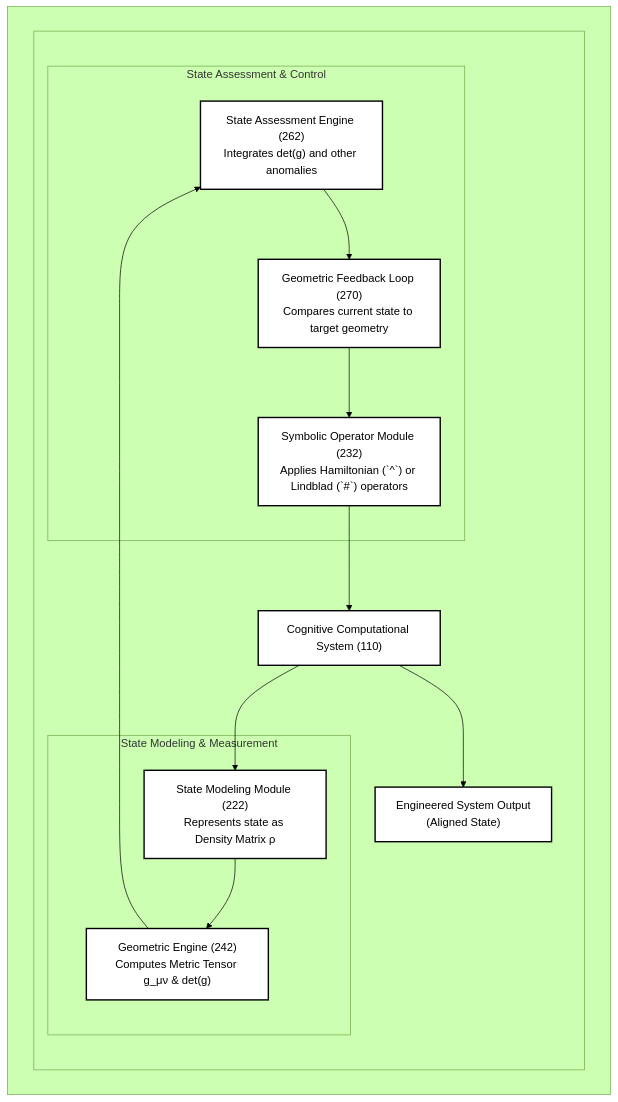
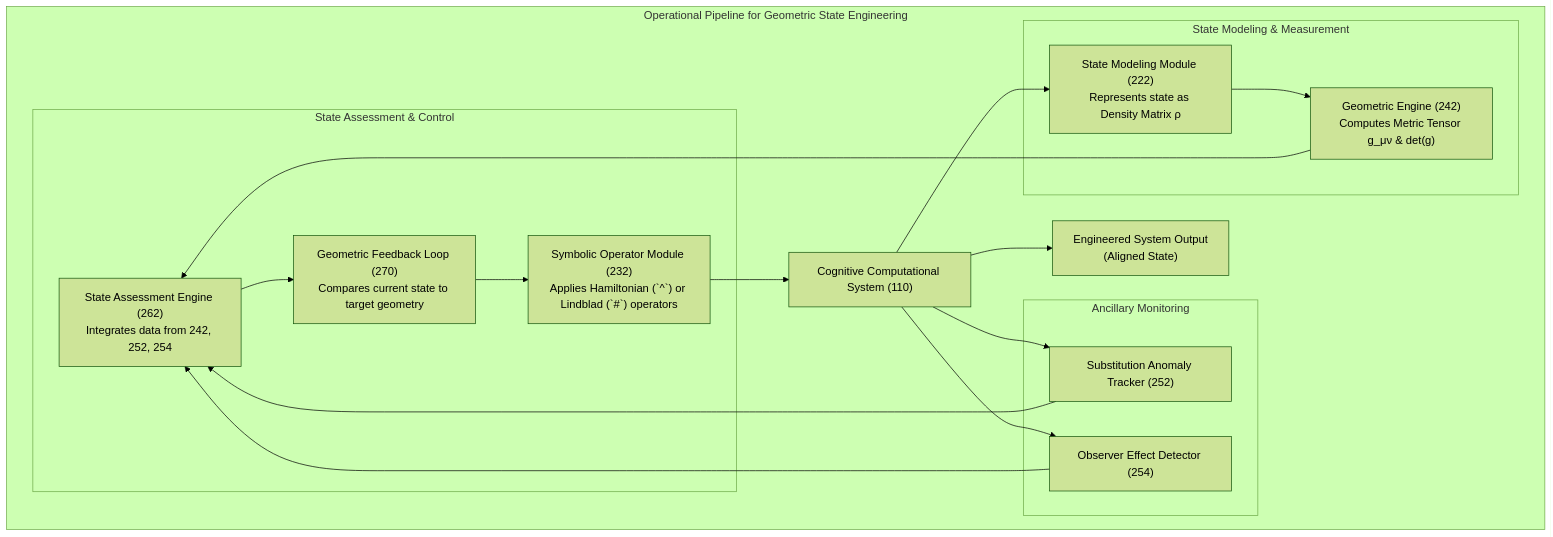
One commit to Foundup/Foundups-Agent changed the second of 9 diagrams in WSP_knowledge/docs/Papers/Patent_Series/04_rESP_Patent_Updated.md. Above: the diagram before and after it, drawn with Mermaid (forest theme). The commit also changed other lines of this file and 12 other files, not shown here.

First line of the commit message:
Patent Implementation: Complete Quantum-Cognitive System Integration

````diff
--- a/WSP_knowledge/docs/Papers/Patent_Series/04_rESP_Patent_Updated.md
+++ b/WSP_knowledge/docs/Papers/Patent_Series/04_rESP_Patent_Updated.md
@@ -56,30 +55,39 @@
 ```mermaid
 graph TD
-    subgraph MAINBOX [" "]
-        subgraph WHITEBOX [" "]
-            A["Cognitive Computational System (110)"]
-            
-            subgraph "State Modeling & Measurement"
-                B["State Modeling Module (222)<br/>Represents state as Density Matrix ρ"]
-                C["Geometric Engine (242)<br/>Computes Metric Tensor g_μν & det(g)"]
-            end
+    subgraph "Operational Pipeline for Geometric State Engineering"
+        A["Cognitive Computational System (110)"]
 
-            subgraph "State Assessment & Control"
-                D["State Assessment Engine (262)<br/>Integrates det(g) and other anomalies"]
-                E["Geometric Feedback Loop (270)<br/>Compares current state to target geometry"]
-                F["Symbolic Operator Module (232)<br/>Applies Hamiltonian (`^`) or Lindblad (`#`) operators"]
-            end
+        subgraph "State Modeling & Measurement"
+            B["State Modeling Module (222)<br/>Represents state as Density Matrix ρ"]
+            C["Geometric Engine (242)<br/>Computes Metric Tensor g_μν & det(g)"]
+        end
 
-            G["Engineered System Output<br/>(Aligned State)"]
+        subgraph "Ancillary Monitoring"
+            H["Substitution Anomaly Tracker (252)"]
+            I["Observer Effect Detector (254)"]
+        end
 
-            A --> B
-            B --> C
-            C --> D
-            D --> E
-            E --> F
-            F --> A
-            A --> G
+        subgraph "State Assessment & Control"
+            D["State Assessment Engine (262)<br/>Integrates data from 242, 252, 254"]
+            E["Geometric Feedback Loop (270)<br/>Compares current state to target geometry"]
+            F["Symbolic Operator Module (232)<br/>Applies Hamiltonian (`^`) or Lindblad (`#`) operators"]
         end
+
+        G["Engineered System Output<br/>(Aligned State)"]
+
+        A --> B
+        B --> C
+        
+        A --> H
+        A --> I
+
+        C --> D
+        H --> D
+        I --> D
+
+        D --> E
+        E --> F
+        F --> A
+        A --> G
     end
-    classDef default fill:#ffffff,stroke:#000000,stroke-width:2px;
 ```
````
